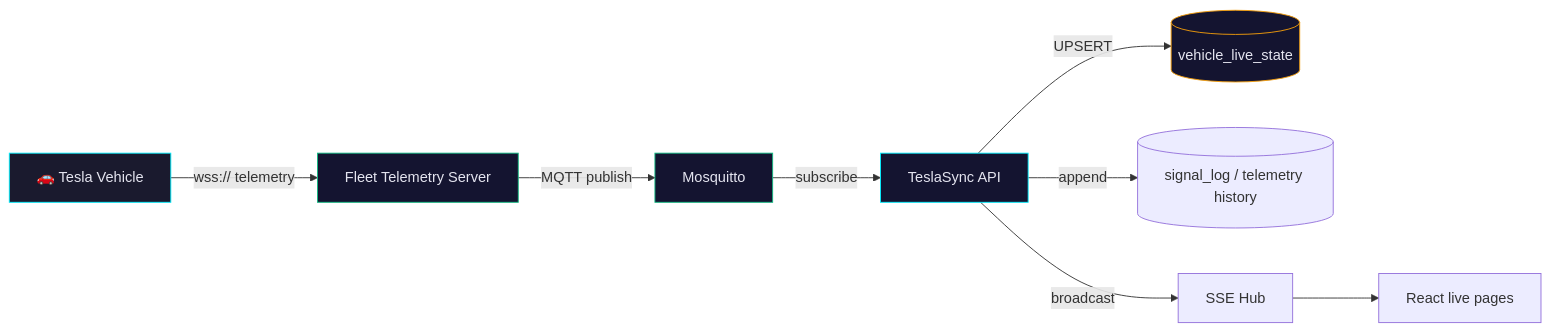
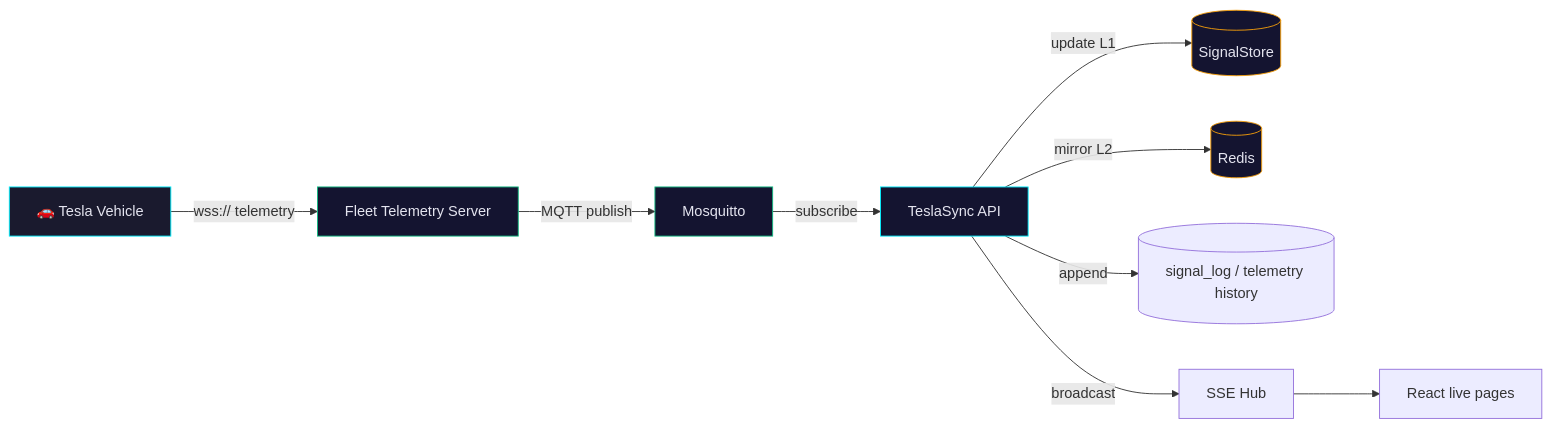
One commit to ev-dev-labs/teslasync changed the first of 2 diagrams in docs/guide/fleet-telemetry.md. Above: the diagram before and after it, drawn with Mermaid. The commit also changed other lines of this file and 35 other files, not shown here.

First line of the commit message:
Add LiveSignalStore with hybrid/local modes

````diff
--- a/docs/guide/fleet-telemetry.md
+++ b/docs/guide/fleet-telemetry.md
@@ -20,16 +20,18 @@
 ```mermaid
 graph LR
     V["🚗 Tesla Vehicle"] -->|"wss:// telemetry"| FT["Fleet Telemetry Server"]
     FT -->|"MQTT publish"| MQ["Mosquitto"]
     MQ -->|"subscribe"| TS["TeslaSync API"]
-    TS -->|"UPSERT"| Live[(vehicle_live_state)]
+    TS -->|"update L1"| Live[(SignalStore)]
+    TS -->|"mirror L2"| Redis[(Redis)]
     TS -->|"append"| History[(signal_log / telemetry history)]
     TS -->|"broadcast"| SSE["SSE Hub"]
     SSE --> UI["React live pages"]
 
     style V fill:#1a1a2e,stroke:#00f0ff,color:#e4e4ef
     style FT fill:#141430,stroke:#10b981,color:#e4e4ef
     style TS fill:#141430,stroke:#00f0ff,color:#e4e4ef
     style Live fill:#141430,stroke:#f59e0b,color:#e4e4ef
     style MQ fill:#141430,stroke:#10b981,color:#e4e4ef
+    style Redis fill:#141430,stroke:#f59e0b,color:#e4e4ef
 ```
````
